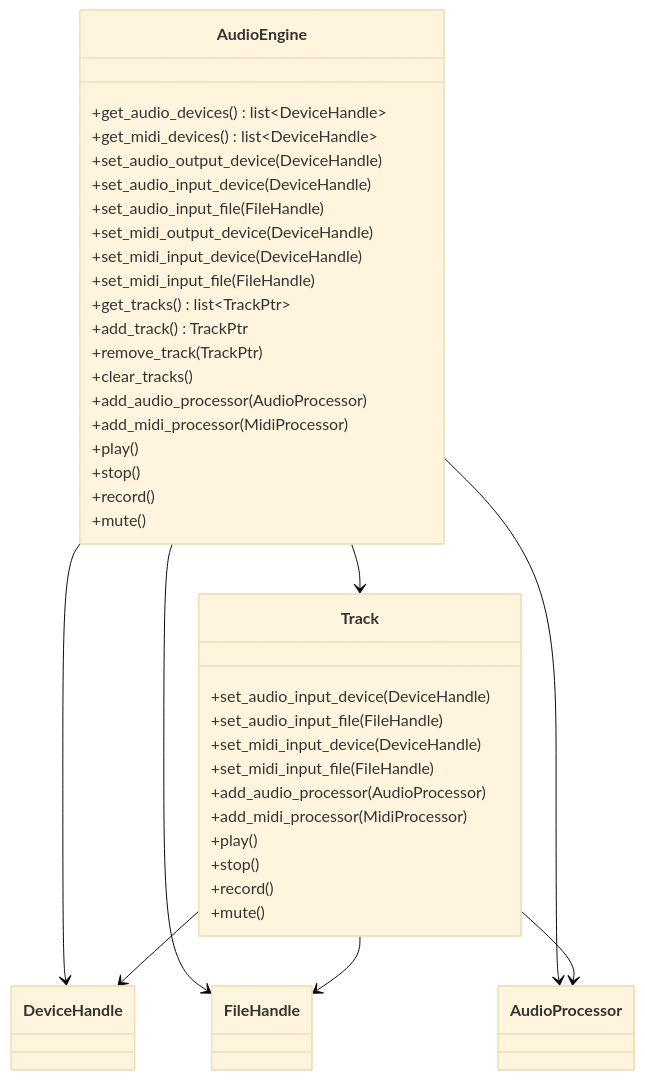
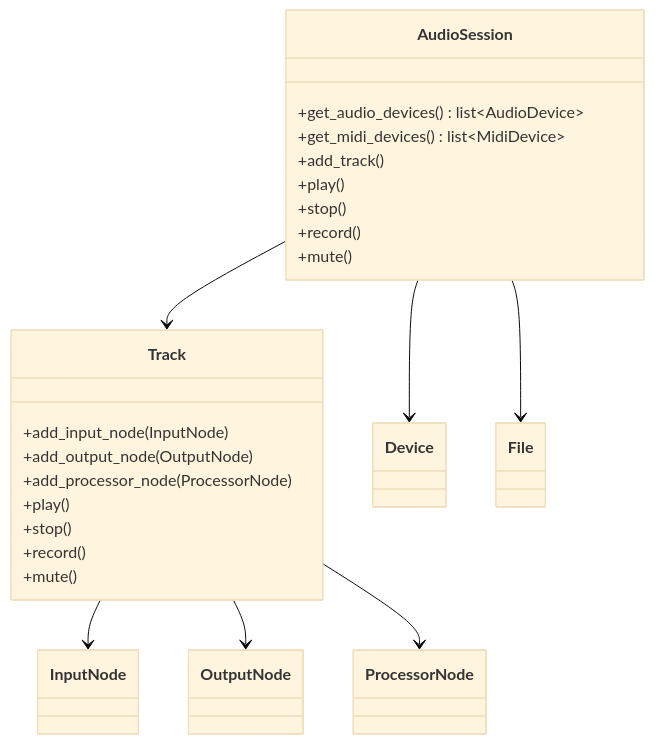
One commit to aidan-clyens/miniaudioengine changed diagram 13 of 21 in docs/DESIGN_DOC.md. Above: the diagram before and after it, drawn with Mermaid (base theme). The commit also changed other lines of this file, not shown here.

````diff
--- a/docs/DESIGN_DOC.md
+++ b/docs/DESIGN_DOC.md
@@ -494,57 +499,31 @@
 ```mermaid
 classDiagram
 
-    class AudioEngine {
-        +get_audio_devices() list~DeviceHandle~
-        +get_midi_devices() list~DeviceHandle~
-        +set_audio_output_device(DeviceHandle)
-        +set_audio_input_device(DeviceHandle)
-        +set_audio_input_file(FileHandle)
-        +set_midi_output_device(DeviceHandle)
-        +set_midi_input_device(DeviceHandle)
-        +set_midi_input_file(FileHandle)
-        +get_tracks() list~TrackPtr~
-        +add_track() TrackPtr
-        +remove_track(TrackPtr)
-        +clear_tracks()
-        +add_audio_processor(AudioProcessor)
-        +add_midi_processor(MidiProcessor)
+    class AudioSession {
+        +get_audio_devices() list~AudioDevice~
+        +get_midi_devices() list~MidiDevice~
+        +add_track()
         +play()
         +stop()
         +record()
         +mute()
     }
 
     class Track {
-        +set_audio_input_device(DeviceHandle)
-        +set_audio_input_file(FileHandle)
-        +set_midi_input_device(DeviceHandle)
-        +set_midi_input_file(FileHandle)
-        +add_audio_processor(AudioProcessor)
-        +add_midi_processor(MidiProcessor)
+        +add_input_node(InputNode)
+        +add_output_node(OutputNode)
+        +add_processor_node(ProcessorNode)
         +play()
         +stop()
         +record()
         +mute()
     }
 
-    class DeviceHandle {
+    Track --> InputNode
+    Track --> OutputNode
+    Track --> ProcessorNode
 
-    }
-
-    class FileHandle {
-
-    }
-
-    class AudioProcessor {
-
-    }
-
-    AudioEngine --> Track
-    AudioEngine --> DeviceHandle
-    AudioEngine --> FileHandle
-    AudioEngine --> AudioProcessor
-    Track --> DeviceHandle
-    Track --> FileHandle
-    Track --> AudioProcessor
+    AudioSession --> Track
+    AudioSession --> Device
+    AudioSession --> File
 ```
````
